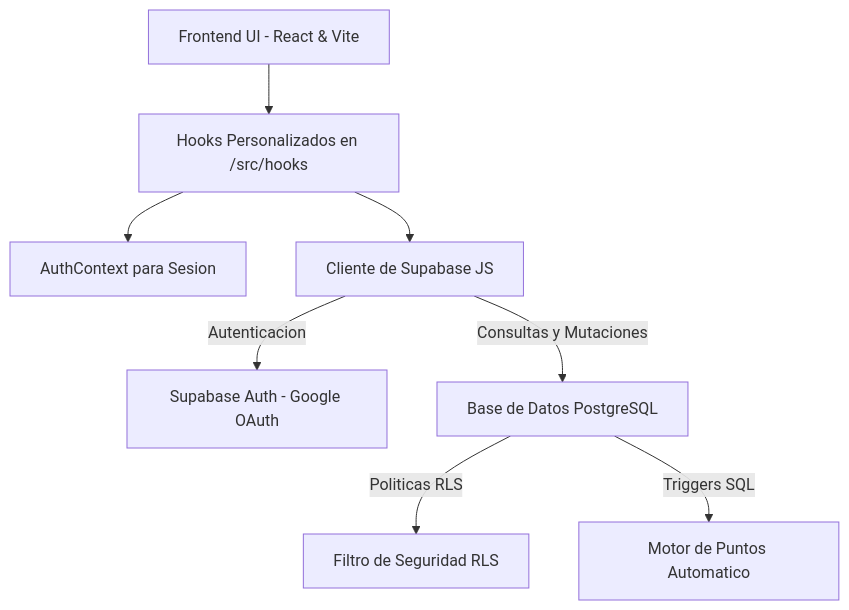
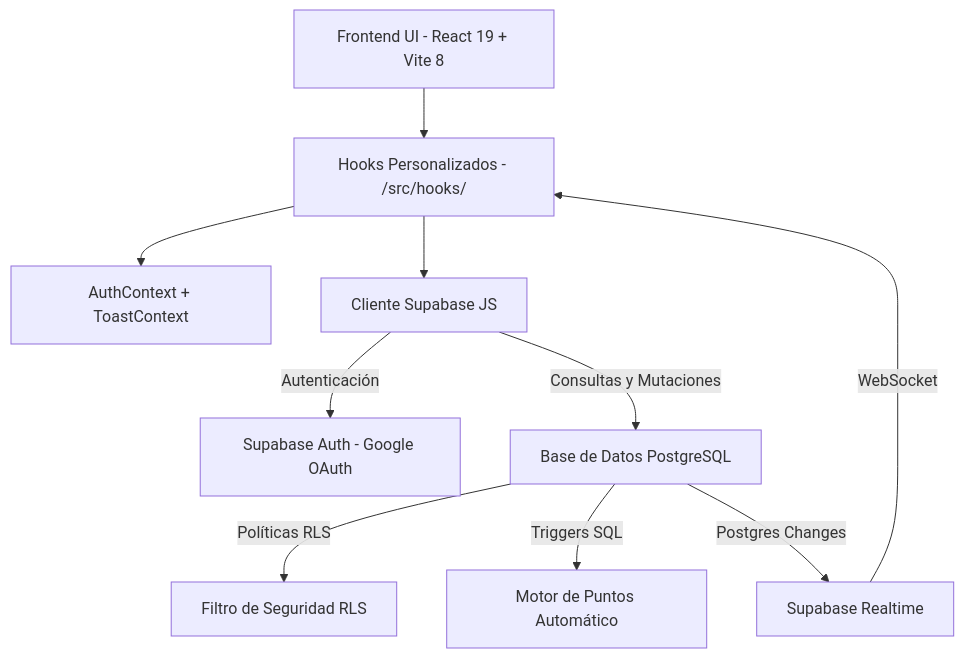
Before and after one commit to AlexisAcevedo/ProdeMundial: the diagram in README.md, drawn with Mermaid. The commit also changed other lines of this file and 4 other files, not shown here.

````diff
--- a/README.md
+++ b/README.md
@@ -68,12 +59,14 @@
 ```mermaid
 graph TD
-    UI[Frontend UI - React & Vite] --> Hooks[Hooks Personalizados en /src/hooks]
-    Hooks --> Context[AuthContext para Sesion]
-    Hooks --> SBClient[Cliente de Supabase JS]
-    
-    SBClient -->|Autenticacion| SBAuth[Supabase Auth - Google OAuth]
+    UI[Frontend UI - React 19 + Vite 8] --> Hooks[Hooks Personalizados - /src/hooks/]
+    Hooks --> Context[AuthContext + ToastContext]
+    Hooks --> SBClient[Cliente Supabase JS]
+
+    SBClient -->|Autenticación| SBAuth[Supabase Auth - Google OAuth]
     SBClient -->|Consultas y Mutaciones| SBDB[Base de Datos PostgreSQL]
-    
-    SBDB -->|Politicas RLS| AccessControl[Filtro de Seguridad RLS]
-    SBDB -->|Triggers SQL| ScoreEngine[Motor de Puntos Automatico]
+
+    SBDB -->|Políticas RLS| AccessControl[Filtro de Seguridad RLS]
+    SBDB -->|Triggers SQL| ScoreEngine[Motor de Puntos Automático]
+    SBDB -->|Postgres Changes| Realtime[Supabase Realtime]
+    Realtime -->|WebSocket| Hooks
 ```
````
